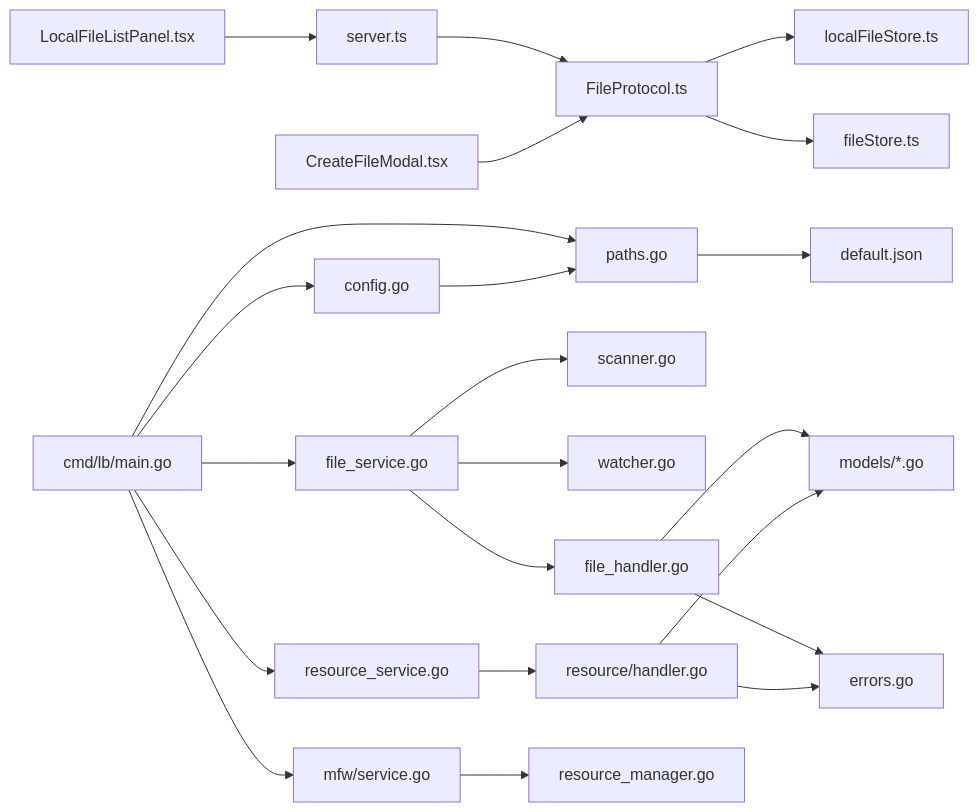
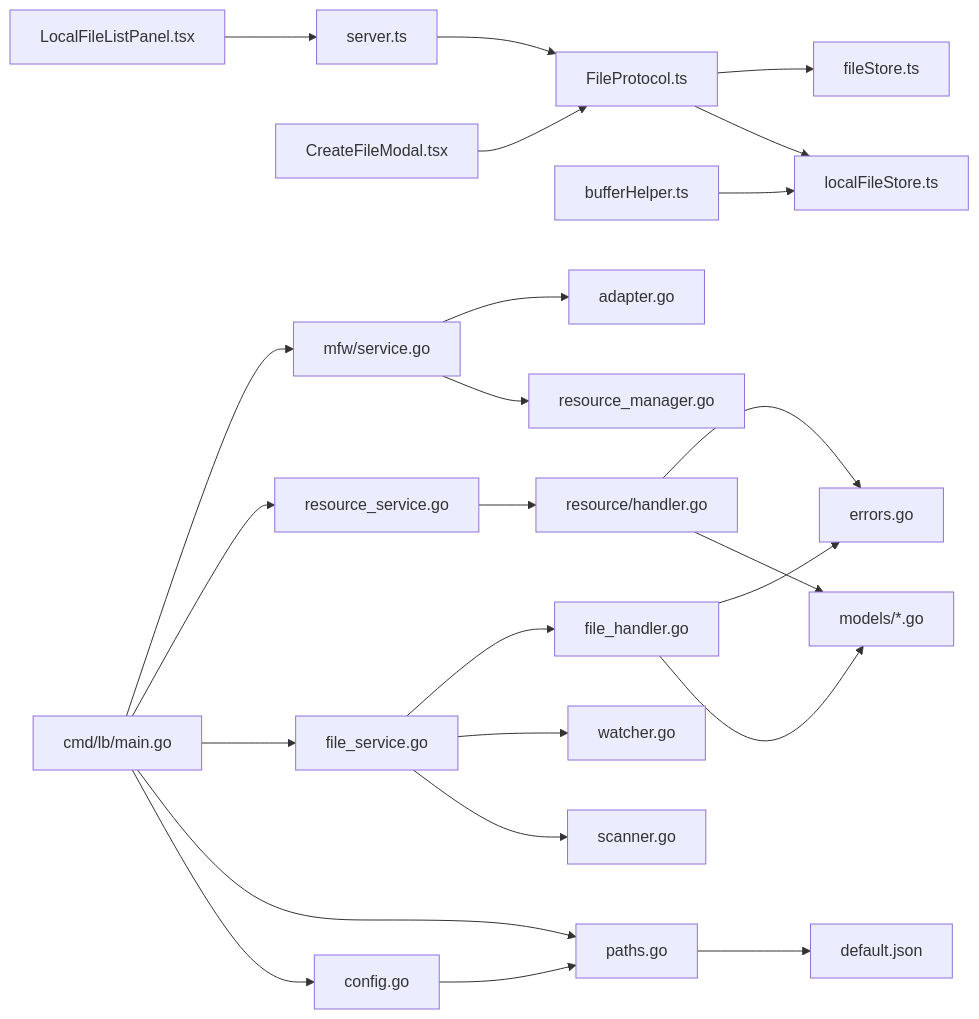
One commit to kqcoxn/MaaPipelineEditor changed the third of 3 diagrams in .qoder/repowiki/zh/content/核心概念/本地文件管理.md. Above: the diagram before and after it, drawn with Mermaid. The commit also changed other lines of this file and 8 other files, not shown here.

````diff
--- a/.qoder/repowiki/zh/content/核心概念/本地文件管理.md
+++ b/.qoder/repowiki/zh/content/核心概念/本地文件管理.md
@@ -450,24 +565,26 @@
 ```mermaid
 graph LR
 FE_Server["server.ts"] --> FE_Protocol["FileProtocol.ts"]
 FE_Protocol --> FE_LocalStore["localFileStore.ts"]
 FE_Protocol --> FE_FileStore["fileStore.ts"]
 FE_ListPanel["LocalFileListPanel.tsx"] --> FE_Server
 FE_CreateModal["CreateFileModal.tsx"] --> FE_Protocol
+FE_BufferHelper["bufferHelper.ts"] --> FE_LocalStore
 LB_Main["cmd/lb/main.go"] --> LB_Config["config.go"]
 LB_Main --> LB_Paths["paths.go"]
 LB_Main --> LB_FileSvc["file_service.go"]
 LB_Main --> LB_ResSvc["resource_service.go"]
 LB_Main --> LB_MFW["mfw/service.go"]
 LB_Paths --> LB_DefaultConfig["default.json"]
 LB_Config --> LB_Paths
 LB_FileSvc --> LB_Scanner["scanner.go"]
 LB_FileSvc --> LB_Watcher["watcher.go"]
 LB_FileSvc --> LB_FileHandler["file_handler.go"]
 LB_ResSvc --> LB_ResHandler["resource/handler.go"]
 LB_MFW --> LB_RM["resource_manager.go"]
+LB_MFW --> LB_Adapter["adapter.go"]
 LB_FileHandler --> LB_Models["models/*.go"]
 LB_ResHandler --> LB_Models
 LB_FileHandler --> LB_Errors["errors.go"]
 LB_ResHandler --> LB_Errors
 ```
````
